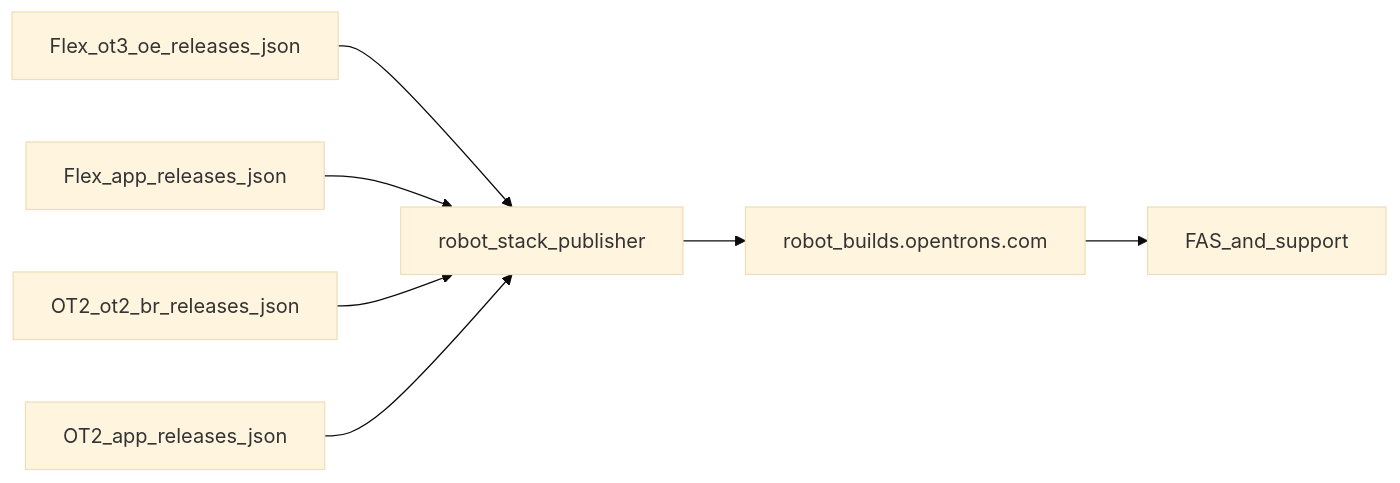
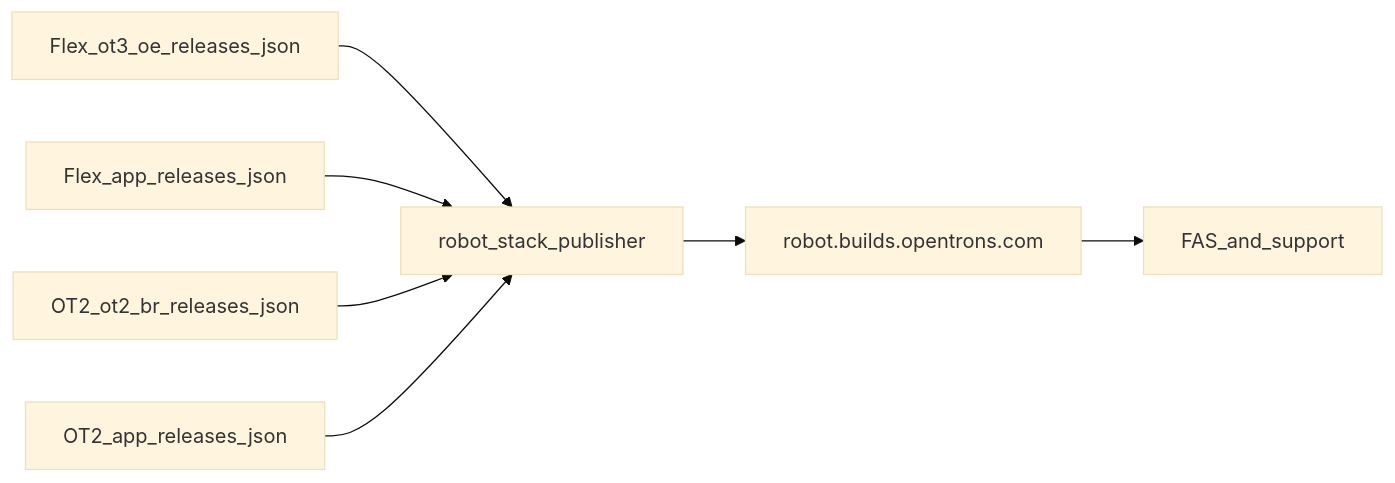
The diagram in docs/robot-builds-page.md (Opentrons/robot-stack), drawn with Mermaid (base theme) before and after one commit. The commit also changed other lines of this file, not shown here.

First line of the commit message:
docs: host the robot builds page at robot.builds.opentrons.com

````diff
--- a/docs/robot-builds-page.md
+++ b/docs/robot-builds-page.md
@@ -66,16 +66,16 @@
 ```mermaid
 flowchart LR
   flexRobot[Flex_ot3_oe_releases_json]
   flexApp[Flex_app_releases_json]
   ot2Robot[OT2_ot2_br_releases_json]
   ot2App[OT2_app_releases_json]
   publisher[robot_stack_publisher]
-  site[robot_builds.opentrons.com]
+  site[robot.builds.opentrons.com]
   fas[FAS_and_support]
   flexRobot --> publisher
   flexApp --> publisher
   ot2Robot --> publisher
   ot2App --> publisher
   publisher --> site
   site --> fas
 ```
````
